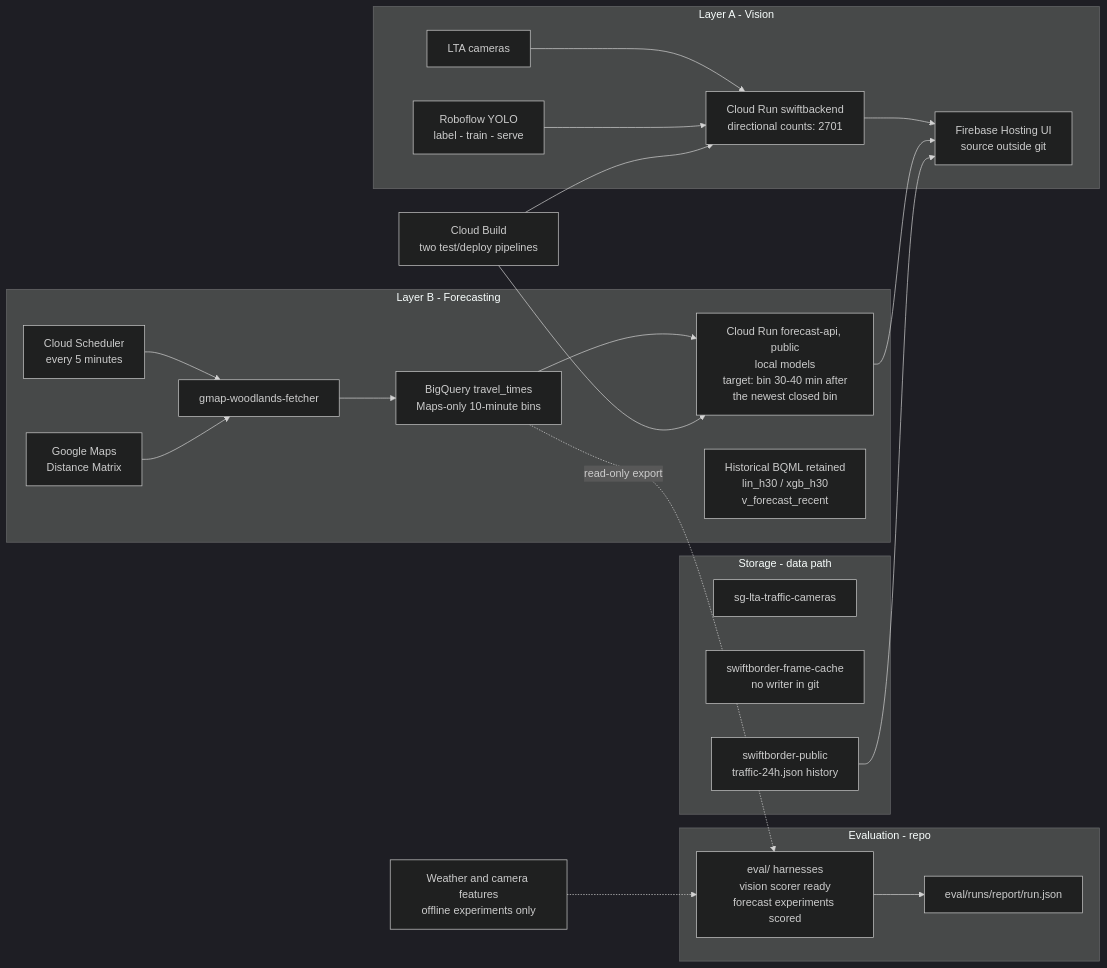
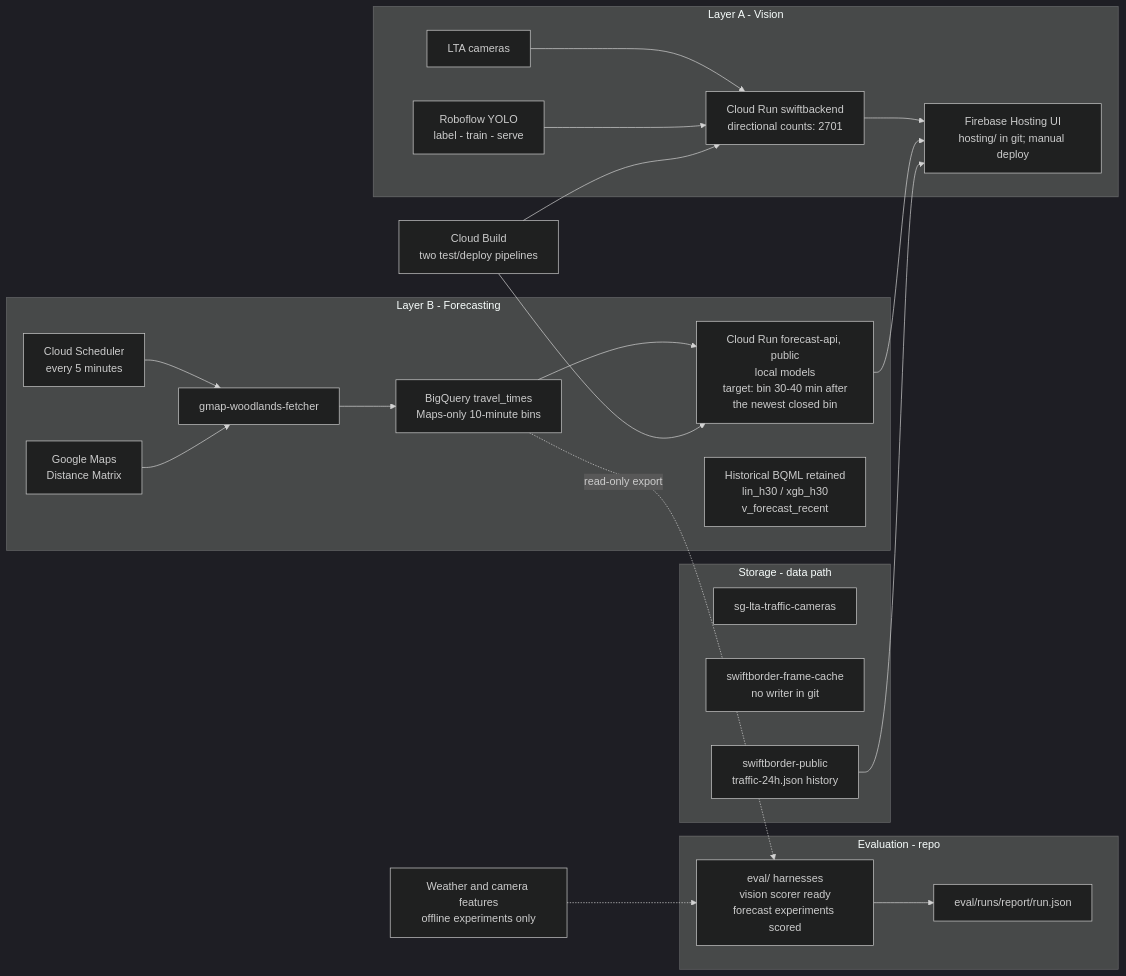
Before and after one commit to sozuken-max/swiftborder: the first of 2 diagrams in docs/architecture.md, drawn with Mermaid (dark theme). The commit also changed other lines of this file and 17 other files, not shown here.

First line of the commit message:
Record the 4 Oct live check and that Hosting is in git.

````diff
--- a/docs/architecture.md
+++ b/docs/architecture.md
@@ -39,28 +39,28 @@
 ```mermaid
 flowchart LR
   subgraph LA["Layer A - Vision"]
     LTA["LTA cameras"] --> SB["Cloud Run swiftbackend<br/>directional counts: 2701"]
     RF["Roboflow YOLO<br/>label - train - serve"] --> SB
-    SB --> UI["Firebase Hosting UI<br/>source outside git"]
+    SB --> UI["Firebase Hosting UI<br/>hosting/ in git; manual deploy"]
   end
   subgraph LB["Layer B - Forecasting"]
     SCH["Cloud Scheduler<br/>every 5 minutes"] --> ING["gmap-woodlands-fetcher"]
     GM["Google Maps<br/>Distance Matrix"] --> ING
     ING --> TT["BigQuery travel_times<br/>Maps-only 10-minute bins"]
     TT --> API["Cloud Run forecast-api, public<br/>local models<br/>target: bin 30-40 min after<br/>the newest closed bin"]
     API --> UI
     OLD["Historical BQML retained<br/>lin_h30 / xgb_h30<br/>v_forecast_recent"]
   end
   BUILD["Cloud Build<br/>two test/deploy pipelines"] --> SB
   BUILD --> API
   subgraph GCS["Storage - data path"]
     CAM["sg-lta-traffic-cameras"]
     CACHE["swiftborder-frame-cache<br/>no writer in git"]
     PUB["swiftborder-public<br/>traffic-24h.json history"] --> UI
   end
   subgraph EV["Evaluation - repo"]
     HAR["eval/ harnesses<br/>vision scorer ready<br/>forecast experiments scored"] --> REP["eval/runs/report/run.json"]
   end
   TT -.->|"read-only export"| HAR
   UNUSED["Weather and camera features<br/>offline experiments only"] -.-> HAR
 ```
````
